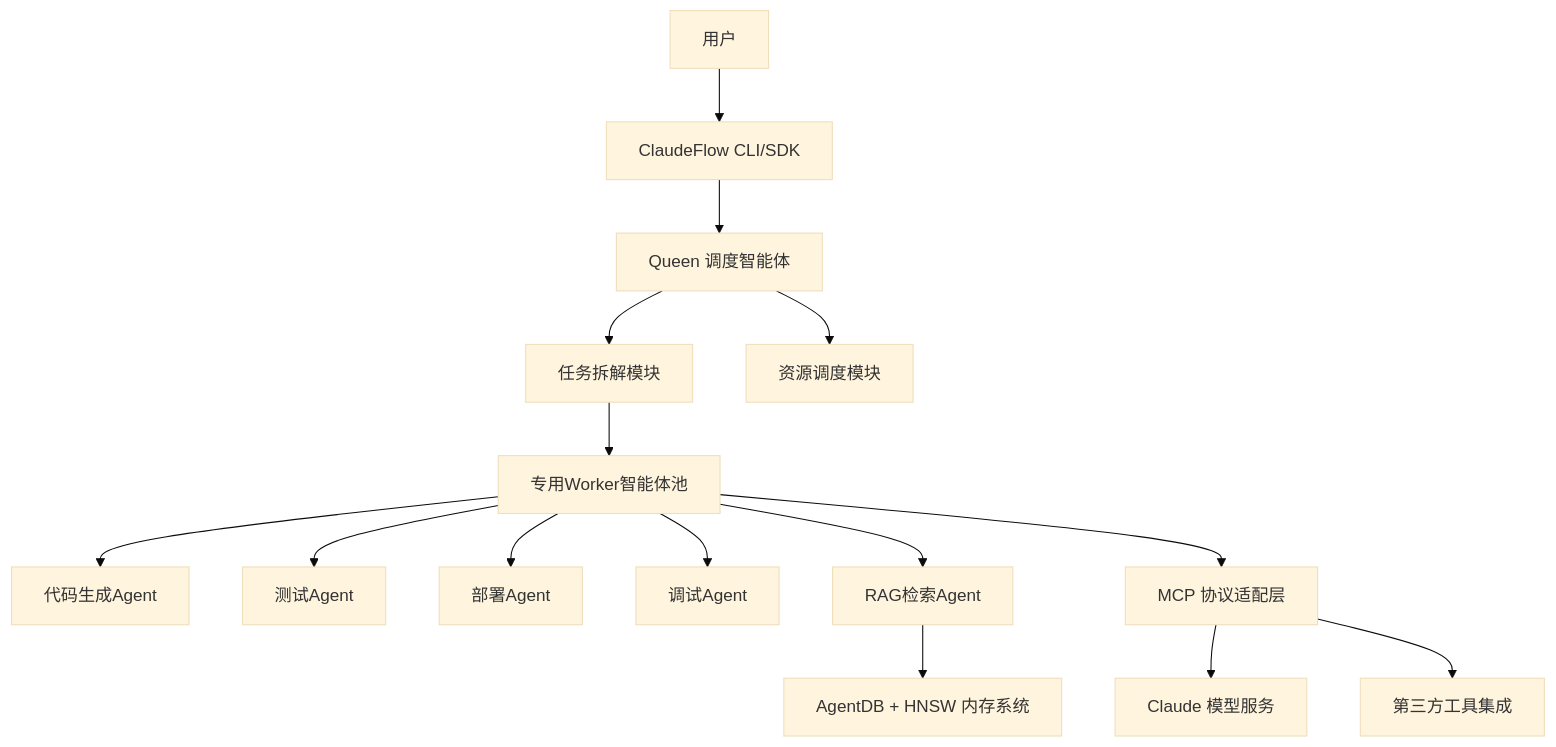
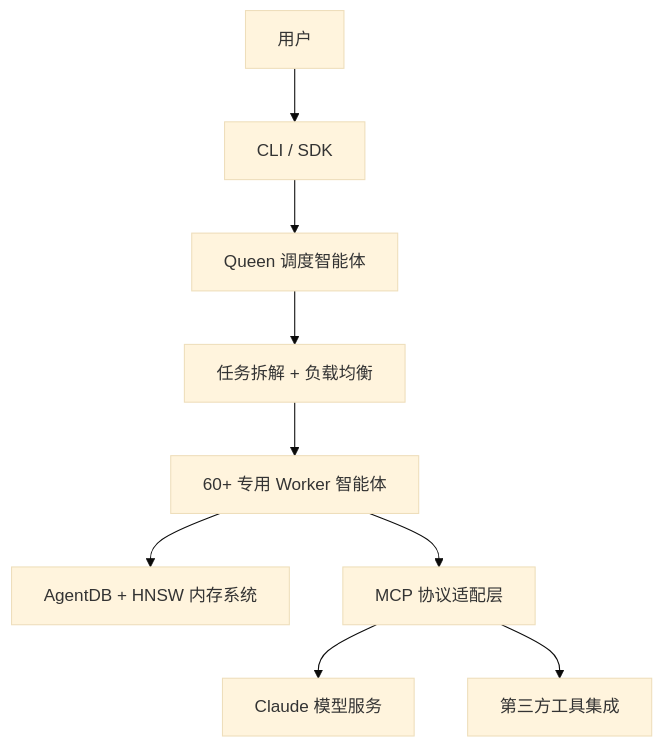
The diagram in github-trending-analyzer/github-trending-reports/research_ruvnet_ruflo.md (Everloster/EverAgent), drawn with Mermaid (base theme) before and after one commit. The commit also changed other lines of this file and 9 other files, not shown here.

````diff
--- a/github-trending-analyzer/github-trending-reports/research_ruvnet_ruflo.md
+++ b/github-trending-analyzer/github-trending-reports/research_ruvnet_ruflo.md
@@ -70,17 +32,11 @@
 ```mermaid
 flowchart TD
-    A[用户] --> B[ClaudeFlow CLI/SDK]
+    A[用户] --> B[CLI / SDK]
     B --> C[Queen 调度智能体]
-    C --> D[任务拆解模块]
-    C --> E[资源调度模块]
-    D --> F[专用Worker智能体池]
-    F --> G[代码生成Agent]
-    F --> H[测试Agent]
-    F --> I[部署Agent]
-    F --> J[调试Agent]
-    F --> K[RAG检索Agent]
-    K --> L[AgentDB + HNSW 内存系统]
-    F --> M[MCP 协议适配层]
-    M --> N[Claude 模型服务]
-    M --> O[第三方工具集成]
+    C --> D[任务拆解 + 负载均衡]
+    D --> E[60+ 专用 Worker 智能体]
+    E --> F[AgentDB + HNSW 内存系统]
+    E --> G[MCP 协议适配层]
+    G --> H[Claude 模型服务]
+    G --> I[第三方工具集成]
 ```
````
